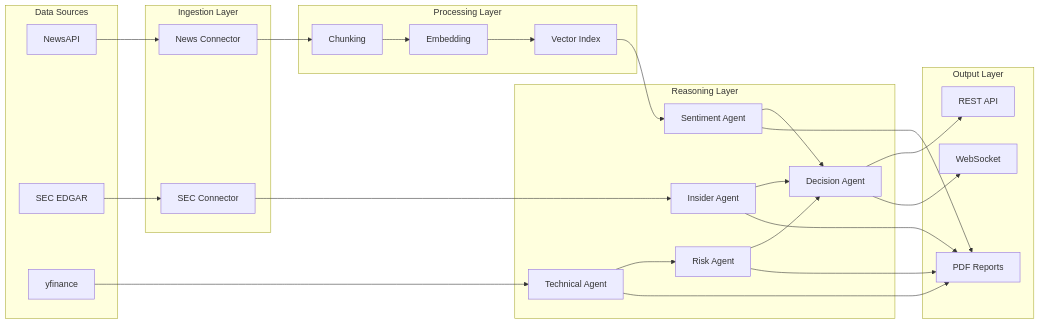
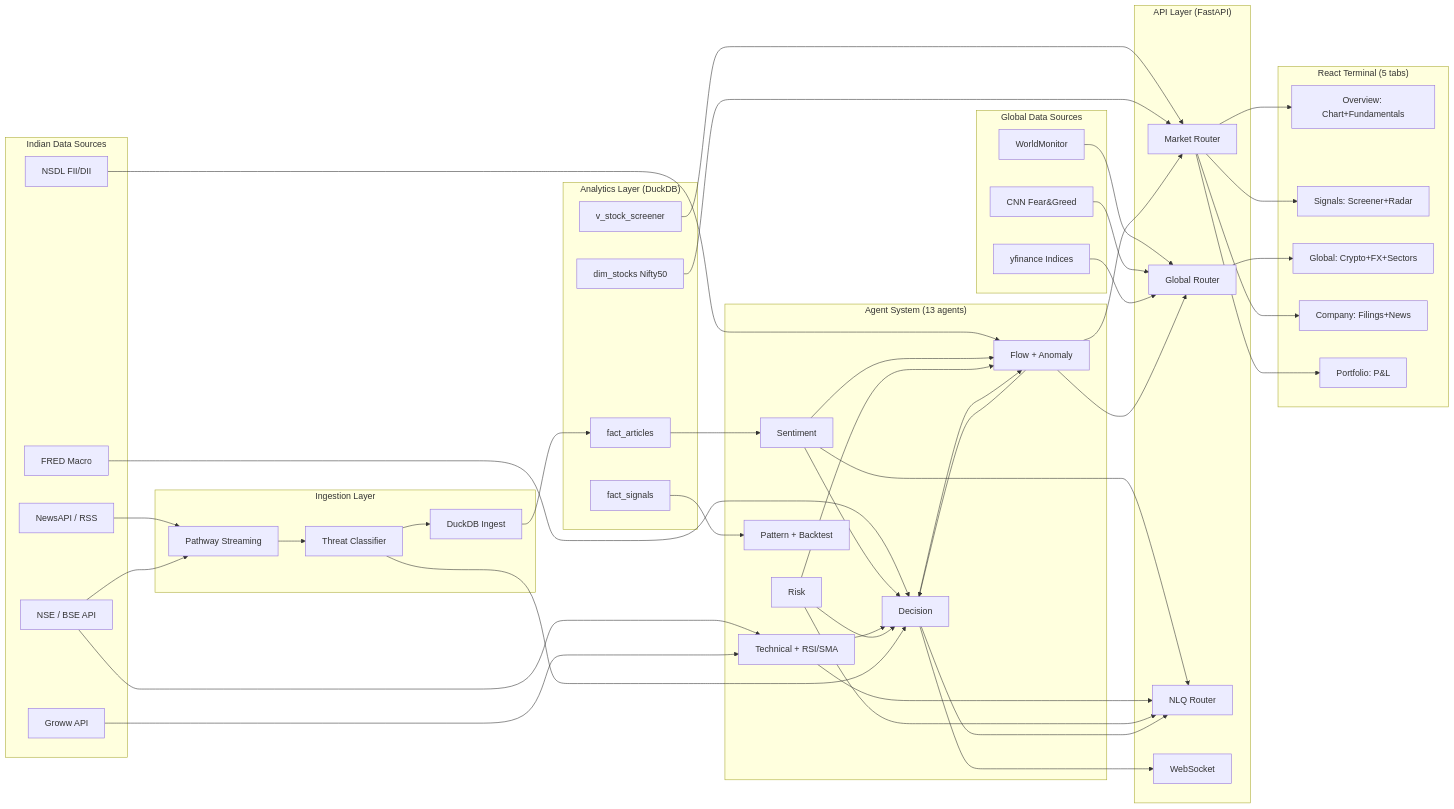
Before and after one commit to wildcraft958/AlphaStream_India: the diagram in docs/ARCHITECTURE.md, drawn with Mermaid. The commit also changed other lines of this file and 2 other files, not shown here.

Commit message:
docs: update README, architecture, and project docs for v2 feature set
Reflects 10 new features shipped in the ET AI Hackathon 2026 cycle:
5-tab Bloomberg layout, RSI/SMA overlays, Fundamentals panel,
Corporate Filings, Portfolio Manager, Global Markets panel,
AnomalyAgent wiring, Stock Screener, Watchlist, threat-level badges.

````diff
--- a/docs/ARCHITECTURE.md
+++ b/docs/ARCHITECTURE.md
@@ -20,44 +20,82 @@
 ```mermaid
 graph LR
-    subgraph "Data Sources"
-        A1[NewsAPI]
-        A2[SEC EDGAR]
-        A3[yfinance]
+    subgraph "Indian Data Sources"
+        A1[NewsAPI / RSS]
+        A2[NSE / BSE API]
+        A3[Groww API]
+        A4[NSDL FII/DII]
+        A5[FRED Macro]
+    end
+
+    subgraph "Global Data Sources"
+        G1[WorldMonitor]
+        G2[CNN Fear&Greed]
+        G3[yfinance Indices]
     end
 
     subgraph "Ingestion Layer"
-        B1[News Connector]
-        B2[SEC Connector]
+        B1[Pathway Streaming]
+        B2[Threat Classifier]
+        B3[DuckDB Ingest]
     end
 
-    subgraph "Processing Layer"
-        C1[Chunking]
-        C2[Embedding]
-        C3[Vector Index]
+    subgraph "Analytics Layer (DuckDB)"
+        C1[fact_articles]
+        C2[fact_signals]
+        C3[v_stock_screener]
+        C4[dim_stocks Nifty50]
     end
 
-    subgraph "Reasoning Layer"
-        D1[Sentiment Agent]
-        D2[Technical Agent]
-        D3[Risk Agent]
-        D4[Insider Agent]
-        D5[Decision Agent]
+    subgraph "Agent System (13 agents)"
+        D1[Sentiment]
+        D2[Technical + RSI/SMA]
+        D3[Risk]
+        D4[Decision]
+        D5[Flow + Anomaly]
+        D6[Pattern + Backtest]
     end
 
-    subgraph "Output Layer"
-        E1[REST API]
-        E2[WebSocket]
-        E3[PDF Reports]
+    subgraph "API Layer (FastAPI)"
+        E1[Market Router]
+        E2[Global Router]
+        E3[NLQ Router]
+        E4[WebSocket]
+    end
+
+    subgraph "React Terminal (5 tabs)"
+        F1[Overview: Chart+Fundamentals]
+        F2[Signals: Screener+Radar]
+        F3[Global: Crypto+FX+Sectors]
+        F4[Company: Filings+News]
+        F5[Portfolio: P&L]
     end
 
     A1 --> B1
-    A2 --> B2
-    B1 --> C1
-    C1 --> C2
-    C2 --> C3
-    C3 --> D1
+    A2 --> B1
+    B1 --> B2
+    B2 --> B3
+    B3 --> C1
+    A2 --> D2
     A3 --> D2
-    D2 --> D3
+    A4 --> D5
+    A5 --> D4
+    G1 --> E2
+    G2 --> E2
+    G3 --> E2
+    C1 --> D1
+    C2 --> D6
+    C3 --> E1
+    C4 --> E1
+    D1 --> D4
+    D2 --> D4
+    D3 --> D4
+    D5 --> D4
+    D4 --> E4
+    E1 --> F1
+    E1 --> F2
+    E2 --> F3
+    E1 --> F4
+    E1 --> F5
     B2 --> D4
     D1 & D3 & D4 --> D5
     D5 --> E1 & E2
````
